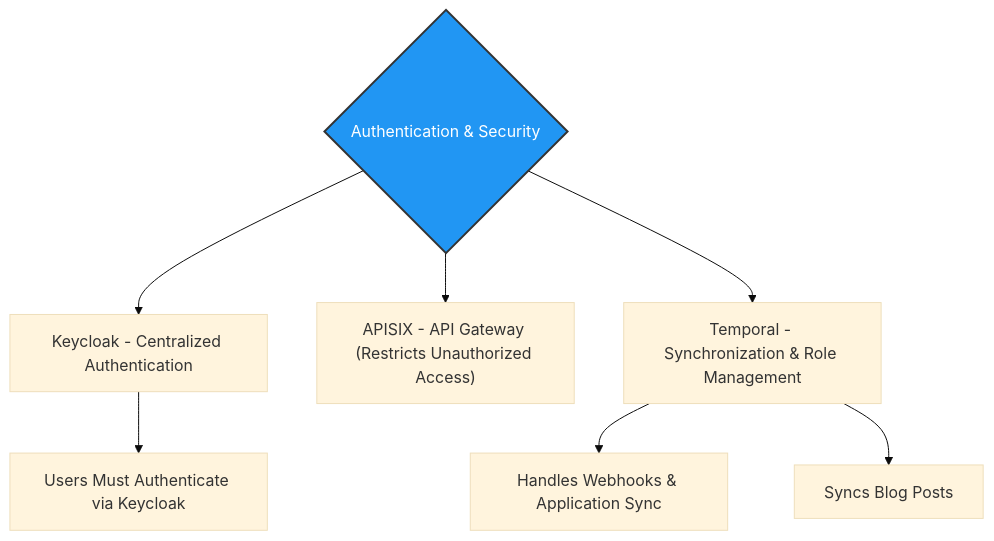
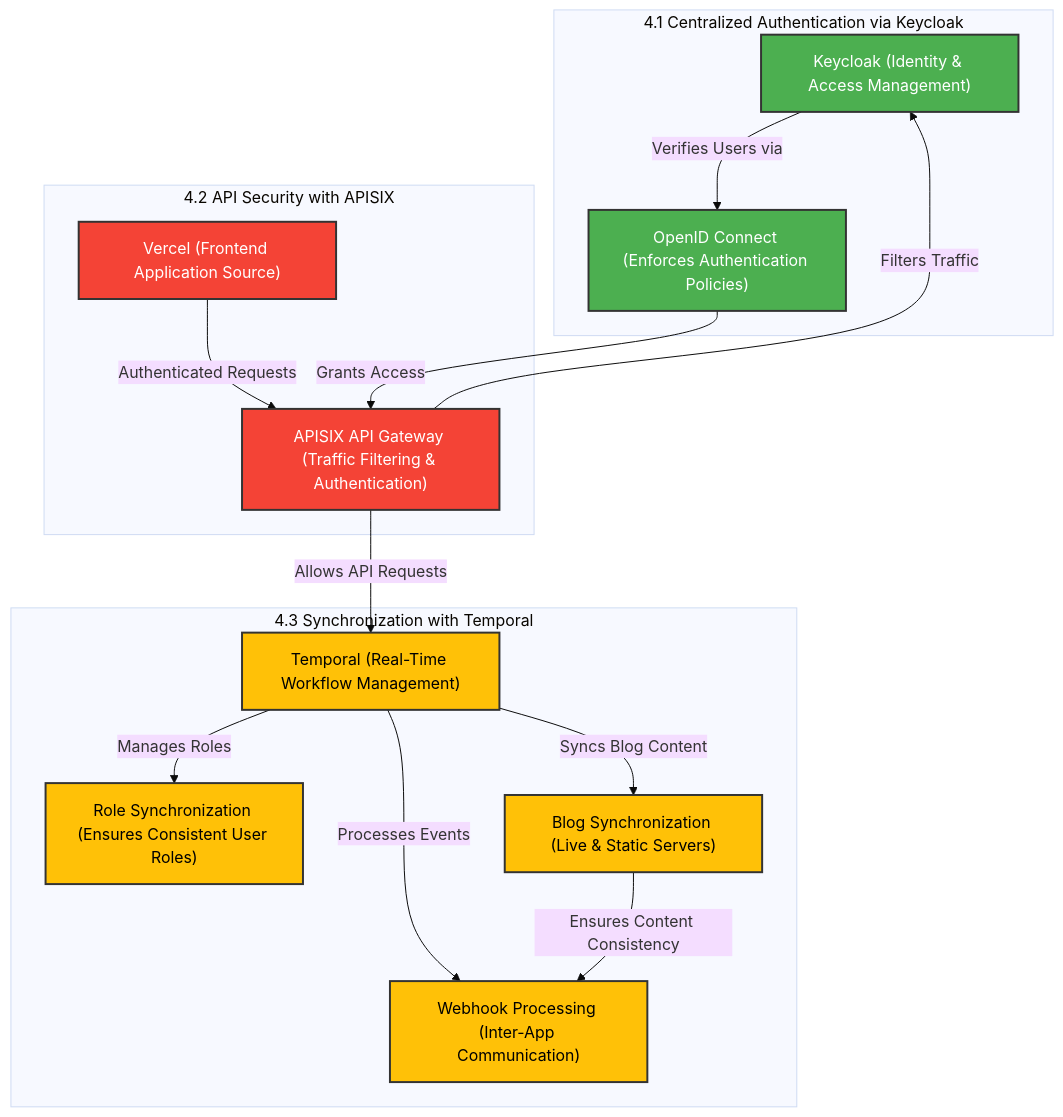
One commit to LuigiClemente/workflow changed the fourth of 10 diagrams in README.md. Above: the diagram before and after it, drawn with Mermaid (base theme). The commit also changed other lines of this file, not shown here.

````diff
--- a/README.md
+++ b/README.md
@@ -110,18 +186,41 @@
 ```mermaid
 flowchart TD
     %% Define Colors
-    classDef processStyle fill:#2196F3,stroke:#333,stroke-width:2px,color:#fff;
+    classDef authStyle fill:#4CAF50,stroke:#333,stroke-width:2px,color:#fff;
+    classDef securityStyle fill:#F44336,stroke:#333,stroke-width:2px,color:#fff;
+    classDef syncStyle fill:#FFC107,stroke:#333,stroke-width:2px,color:#000;
 
-    %% Authentication & Security
-    authentication{"Authentication & Security"}
-    class authentication processStyle
+    %% Centralized Authentication
+    subgraph Authentication["4.1 Centralized Authentication via Keycloak"]
+        Keycloak["Keycloak (Identity & Access Management)"]:::authStyle
+        OIDC["OpenID Connect (Enforces Authentication Policies)"]:::authStyle
+    end
 
-    authentication --> keycloak["Keycloak - Centralized Authentication"]
-    authentication --> apisix["APISIX - API Gateway (Restricts Unauthorized Access)"]
-    authentication --> temporalSecurity["Temporal - Synchronization & Role Management"]
+    %% API Security Layer
+    subgraph API_Security["4.2 API Security with APISIX"]
+        APISIX["APISIX API Gateway (Traffic Filtering & Authentication)"]:::securityStyle
+        Vercel["Vercel (Frontend Application Source)"]:::securityStyle
+    end
 
-    keycloak --> authFlow["Users Must Authenticate via Keycloak"]
-    temporalSecurity --> webhookProcessing["Handles Webhooks & Application Sync"]
-    temporalSecurity --> blogSync["Syncs Blog Posts"]
+    %% Synchronization & Workflow Automation
+    subgraph Synchronization["4.3 Synchronization with Temporal"]
+        Temporal["Temporal (Real-Time Workflow Management)"]:::syncStyle
+        Webhooks["Webhook Processing (Inter-App Communication)"]:::syncStyle
+        RoleSync["Role Synchronization (Ensures Consistent User Roles)"]:::syncStyle
+        BlogSync["Blog Synchronization (Live & Static Servers)"]:::syncStyle
+    end
+
+    %% Connections
+    Vercel -->|Authenticated Requests| APISIX
+    APISIX -->|Filters Traffic| Keycloak
+    Keycloak -->|Verifies Users via| OIDC
+    OIDC -->|Grants Access| APISIX
+    APISIX -->|Allows API Requests| Temporal
+
+    Temporal -->|Manages Roles| RoleSync
+    Temporal -->|Processes Events| Webhooks
+    Temporal -->|Syncs Blog Content| BlogSync
+    BlogSync -->|Ensures Content Consistency| Webhooks
+
 
 ```
````
